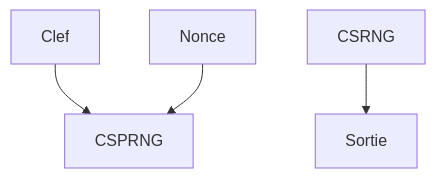
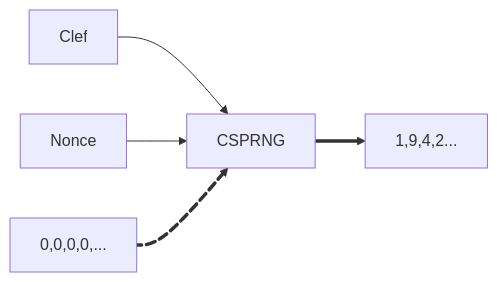
Before and after one commit to WhiteBowlerHat/FOG-Project_C: the diagram in Readme.md, drawn with Mermaid.

Commit message:
Adding animations

````diff
--- a/Readme.md
+++ b/Readme.md
@@ -5,6 +5,8 @@
 ```mermaid
-graph TD;
+flowchart LR;
     Clef-->CSPRNG;
     Nonce-->CSPRNG;
-    CSRNG-->Sortie;
+    B[0,0,0,0,...] e1@==> CSPRNG
+    CSPRNG e1@==> C[1,9,4,2...]
+    e1@{ animate: true }
 ```
````
